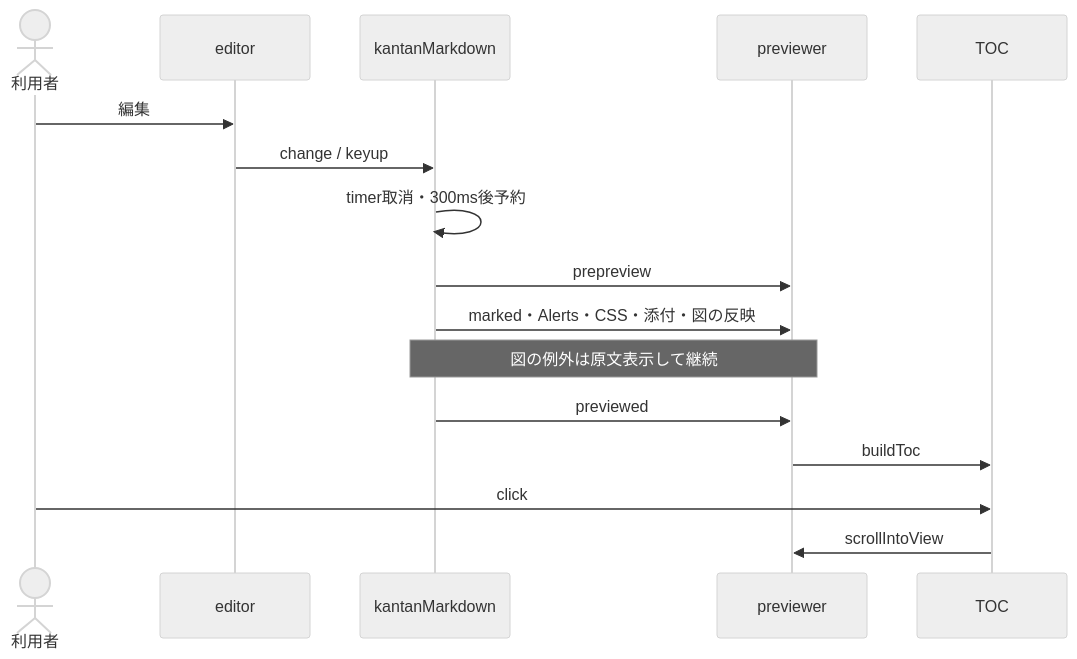
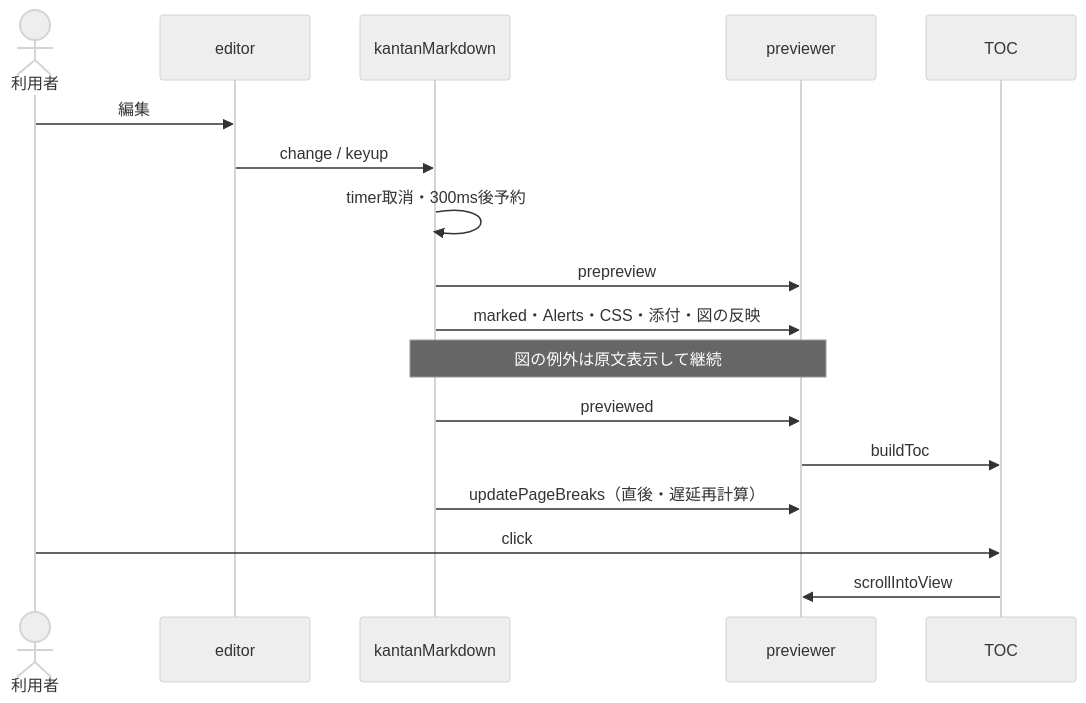
The first of 3 diagrams in .gear/3_詳細設計/33_シーケンス図.md (hiro-gj/KanTanMarkdown), drawn with Mermaid (neutral theme) before and after one commit. The commit also changed other lines of this file and 19 other files, not shown here.

````diff
--- a/.gear/3_詳細設計/33_シーケンス図.md
+++ b/.gear/3_詳細設計/33_シーケンス図.md
@@ -4,18 +4,19 @@
 ```mermaid
 sequenceDiagram
  actor U as 利用者
  participant E as editor
  participant C as kantanMarkdown
  participant P as previewer
  participant T as TOC
  U->>E: 編集
  E->>C: change / keyup
  C->>C: timer取消・300ms後予約
  C->>P: prepreview
  C->>P: marked・Alerts・CSS・添付・図の反映
  Note over C,P: 図の例外は原文表示して継続
  C->>P: previewed
  P->>T: buildToc
+ C->>P: updatePageBreaks（直後・遅延再計算）
  U->>T: click
  T->>P: scrollIntoView
 ```
````
